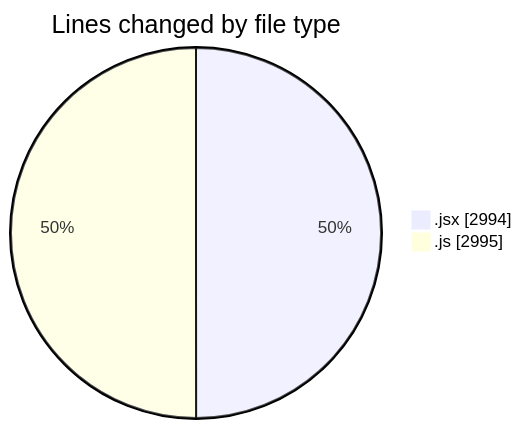
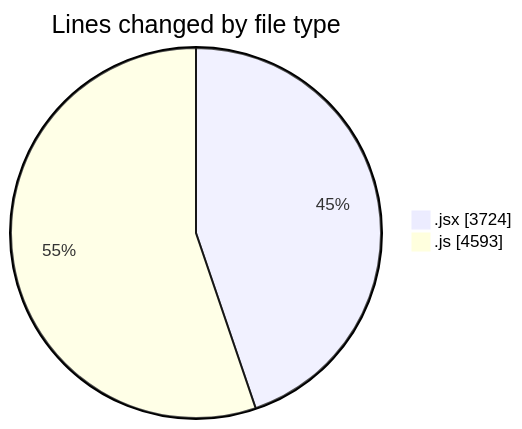
The first of 2 diagrams in 2025-07-19/nxtqube_webapp/README.md (nxtqubesakshisongat/code-tracking), drawn with Mermaid before and after one commit. The commit also changed other lines of this file and 1 other file, not shown here.

````diff
--- a/2025-07-19/nxtqube_webapp/README.md
+++ b/2025-07-19/nxtqube_webapp/README.md
@@ -31,6 +32,6 @@
 ```mermaid
 pie showData
 title Lines changed by file type
-".jsx" : 2994
-".js" : 2995
+".jsx" : 3724
+".js" : 4593
 ```
````
